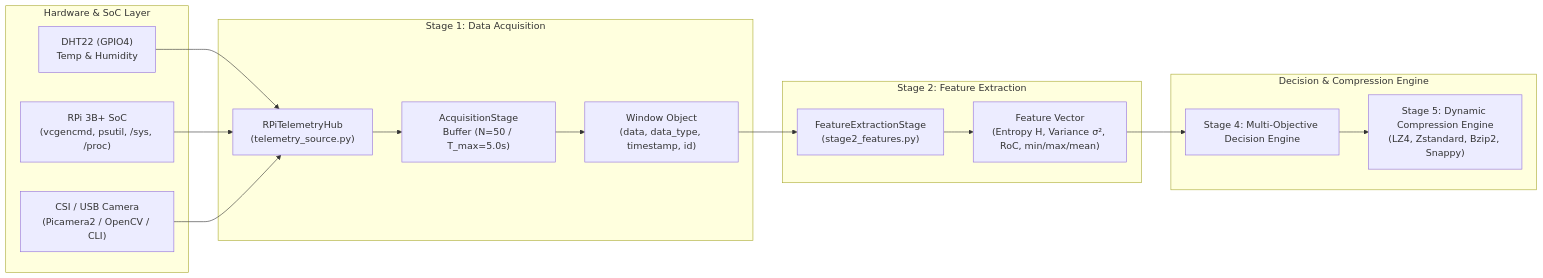
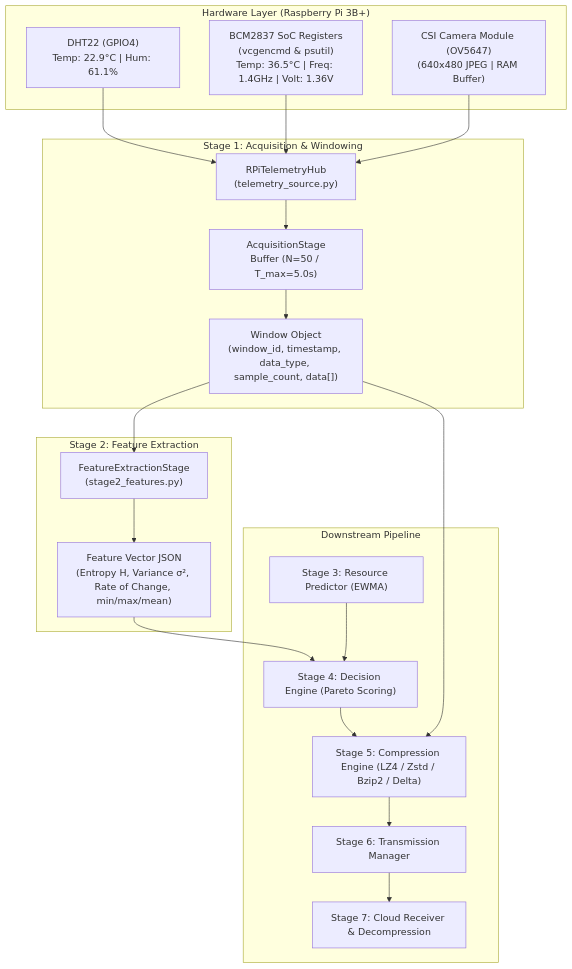
The diagram in docs/stage1_stage2_guide.md (jain05vaibhav/Predictive-Multi-Objective-Compression-Selection), drawn with Mermaid before and after one commit. The commit also changed other lines of this file and 6 other files, not shown here.

Commit message:
Implement Stage 3 Resource Predictor, unit tests, and complete architecture documentation

````diff
--- a/docs/stage1_stage2_guide.md
+++ b/docs/stage1_stage2_guide.md
@@ -19,29 +17,36 @@
 ```mermaid
-flowchart LR
-    subgraph Hardware ["Hardware & SoC Layer"]
-        D["DHT22 (GPIO4)\nTemp & Humidity"]
-        S["RPi 3B+ SoC\n(vcgencmd, psutil, /sys, /proc)"]
-        C["CSI / USB Camera\n(Picamera2 / OpenCV / CLI)"]
+flowchart TD
+    subgraph Hardware ["Hardware Layer (Raspberry Pi 3B+)"]
+        D["DHT22 (GPIO4)\nTemp: 22.9°C | Hum: 61.1%"]
+        S["BCM2837 SoC Registers\n(vcgencmd & psutil)\nTemp: 36.5°C | Freq: 1.4GHz | Volt: 1.36V"]
+        C["CSI Camera Module (OV5647)\n(640x480 JPEG | RAM Buffer)"]
     end
 
-    subgraph Stage1 ["Stage 1: Data Acquisition"]
+    subgraph Stage1 ["Stage 1: Acquisition & Windowing"]
         HUB["RPiTelemetryHub\n(telemetry_source.py)"]
         ACQ["AcquisitionStage\nBuffer (N=50 / T_max=5.0s)"]
-        WIN["Window Object\n(data, data_type, timestamp, id)"]
+        WIN["Window Object\n(window_id, timestamp, data_type, sample_count, data[])"]
     end
 
     subgraph Stage2 ["Stage 2: Feature Extraction"]
         FEAT["FeatureExtractionStage\n(stage2_features.py)"]
-        VEC["Feature Vector\n(Entropy H, Variance σ², RoC, min/max/mean)"]
+        VEC["Feature Vector JSON\n(Entropy H, Variance σ², Rate of Change, min/max/mean)"]
     end
 
-    subgraph Downstream ["Decision & Compression Engine"]
-        DEC["Stage 4: Multi-Objective Decision Engine"]
-        COMP["Stage 5: Dynamic Compression Engine\n(LZ4, Zstandard, Bzip2, Snappy)"]
+    subgraph Downstream ["Downstream Pipeline"]
+        PRED["Stage 3: Resource Predictor (EWMA)"]
+        DEC["Stage 4: Decision Engine (Pareto Scoring)"]
+        COMP["Stage 5: Compression Engine (LZ4 / Zstd / Bzip2 / Delta)"]
+        TX["Stage 6: Transmission Manager"]
+        CLOUD["Stage 7: Cloud Receiver & Decompression"]
     end
 
     D --> HUB
     S --> HUB
     C --> HUB
-    HUB --> ACQ --> WIN --> FEAT --> VEC --> DEC --> COMP
+    HUB --> ACQ --> WIN --> FEAT --> VEC
+    VEC --> DEC
+    PRED --> DEC
+    WIN --> COMP
+    DEC --> COMP --> TX --> CLOUD
 ```
````
